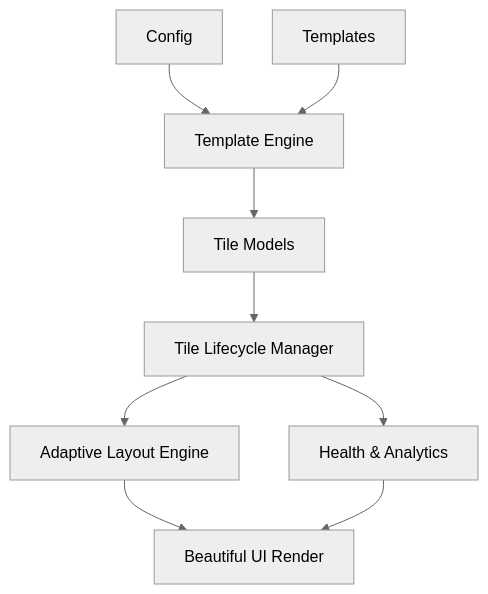
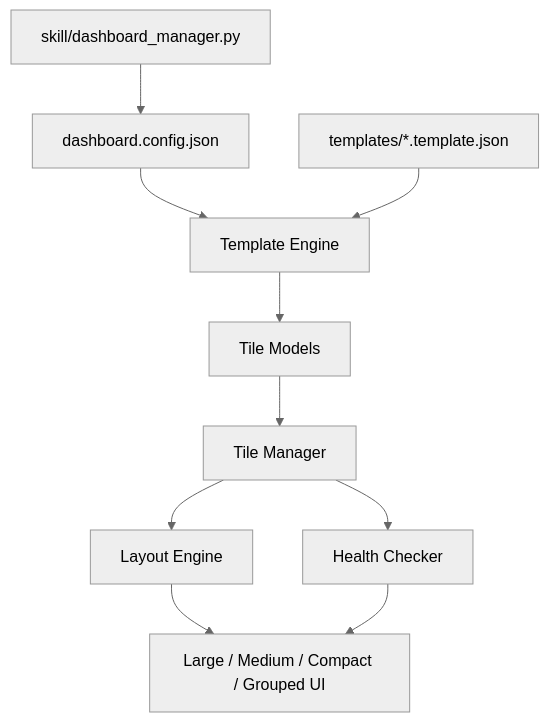
One commit to wspotter/openclaw-dashboard changed the diagram in README.md. Above: the diagram before and after it, drawn with Mermaid (neutral theme). The commit also changed other lines of this file and 1 other file, not shown here.

Commit message:
docs: Add clean dashboard preview screenshot

````diff
--- a/README.md
+++ b/README.md
@@ -31,11 +26,12 @@
 ```mermaid
 flowchart TD
-  A[Config] --> B[Template Engine]
-  C[Templates] --> B
+  A[dashboard.config.json] --> B[Template Engine]
+  C[templates/*.template.json] --> B
   B --> D[Tile Models]
-  D --> E[Tile Lifecycle Manager]
-  E --> F[Health & Analytics]
-  E --> G[Adaptive Layout Engine]
-  G --> H[Beautiful UI Render]
+  D --> E[Tile Manager]
+  E --> F[Health Checker]
+  E --> G[Layout Engine]
+  G --> H[Large / Medium / Compact / Grouped UI]
   F --> H
+  I[skill/dashboard_manager.py] --> A
 ```
````
